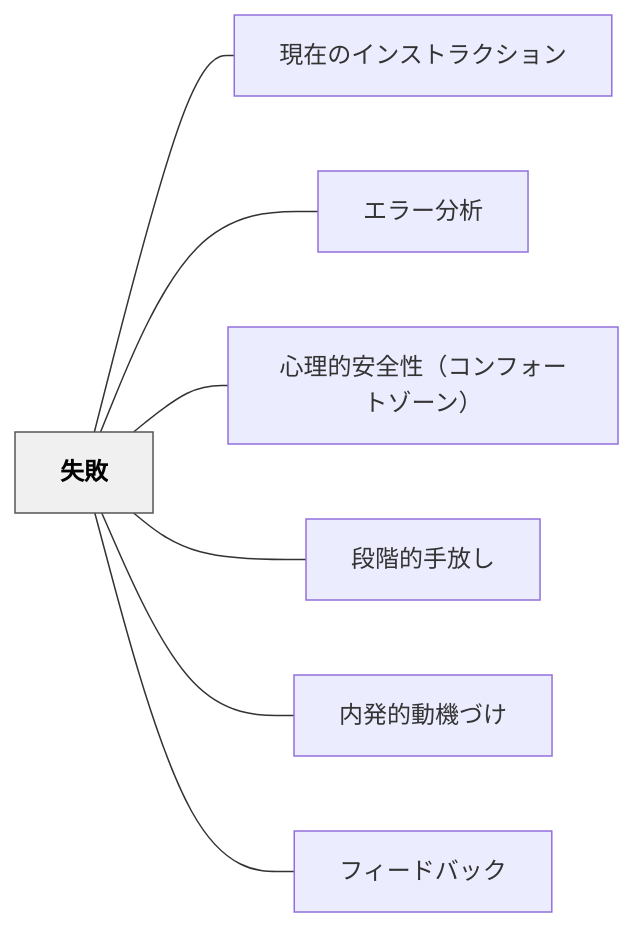
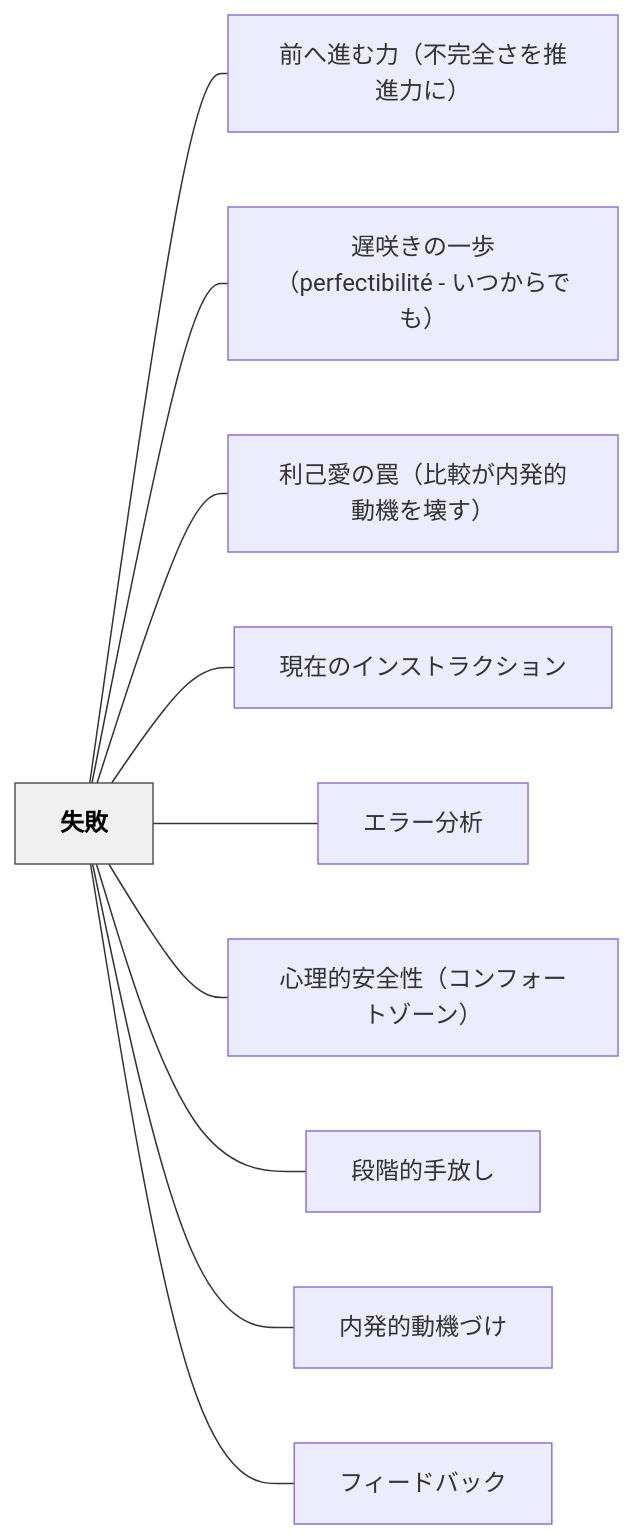
Before and after one commit to unknownthings-ed-patterns/unknownthings-ed-patterns: the diagram in content/パタン/失敗.md, drawn with Mermaid. The commit also changed other lines of this file and 185 other files, not shown here.

````diff
--- a/content/パタン/失敗.md
+++ b/content/パタン/失敗.md
@@ -73,20 +76,26 @@
 ```mermaid
 flowchart LR
     ne5a4b1e69597["失敗"]
+    ne5898de381b8e980b2e38280e58a9befbc88e4b88de5ae8ce585a8e38195e38292e68ea8e980b2e58a9be381abefbc89["前へ進む力（不完全さを推進力に）"]
+    ne98185e592b2e3818de381aee4b880e6ada9efbc88706572666563746962696c6974c3a9202d20e38184e381a4e3818be38289e381a7e38282efbc89["遅咲きの一歩（perfectibilité - いつからでも）"]
+    ne588a9e5b7b1e6849be381aee7bda0efbc88e6af94e8bc83e3818ce58685e799bae79a84e58b95e6a99fe38292e5a38ae38199efbc89["利己愛の罠（比較が内発的動機を壊す）"]
     ne78fbee59ca8e381aee382a4e383b3e382b9e38388e383a9e382afe382b7e383a7e383b3["現在のインストラクション"]
     ne382a8e383a9e383bce58886e69e90["エラー分析"]
     ne5bf83e79086e79a84e5ae89e585a8e680a7efbc88e382b3e383b3e38395e382a9e383bce38388e382bee383bce383b3efbc89["心理的安全性（コンフォートゾーン）"]
     ne6aeb5e99a8ee79a84e6898be694bee38197["段階的手放し"]
     ne58685e799bae79a84e58b95e6a99fe381a5e38191["内発的動機づけ"]
     ne38395e382a3e383bce38389e38390e38383e382af["フィードバック"]
 
+    ne5a4b1e69597 --- ne5898de381b8e980b2e38280e58a9befbc88e4b88de5ae8ce585a8e38195e38292e68ea8e980b2e58a9be381abefbc89
+    ne5a4b1e69597 --- ne98185e592b2e3818de381aee4b880e6ada9efbc88706572666563746962696c6974c3a9202d20e38184e381a4e3818be38289e381a7e38282efbc89
+    ne5a4b1e69597 --- ne588a9e5b7b1e6849be381aee7bda0efbc88e6af94e8bc83e3818ce58685e799bae79a84e58b95e6a99fe38292e5a38ae38199efbc89
     ne5a4b1e69597 --- ne78fbee59ca8e381aee382a4e383b3e382b9e38388e383a9e382afe382b7e383a7e383b3
     ne5a4b1e69597 --- ne382a8e383a9e383bce58886e69e90
     ne5a4b1e69597 --- ne5bf83e79086e79a84e5ae89e585a8e680a7efbc88e382b3e383b3e38395e382a9e383bce38388e382bee383bce383b3efbc89
     ne5a4b1e69597 --- ne6aeb5e99a8ee79a84e6898be694bee38197
     ne5a4b1e69597 --- ne58685e799bae79a84e58b95e6a99fe381a5e38191
     ne5a4b1e69597 --- ne38395e382a3e383bce38389e38390e38383e382af
 
     classDef hub fill:#f0f0f0,stroke:#555,color:#000,font-weight:bold
     class ne5a4b1e69597 hub
 ```
````
